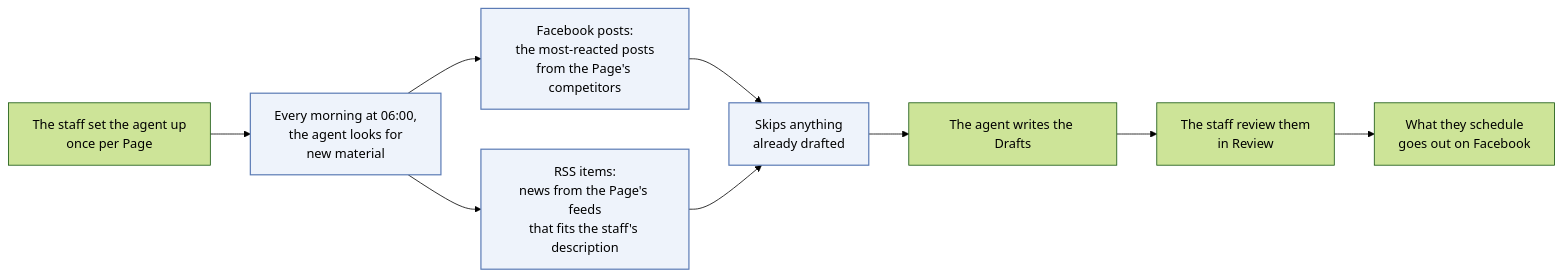
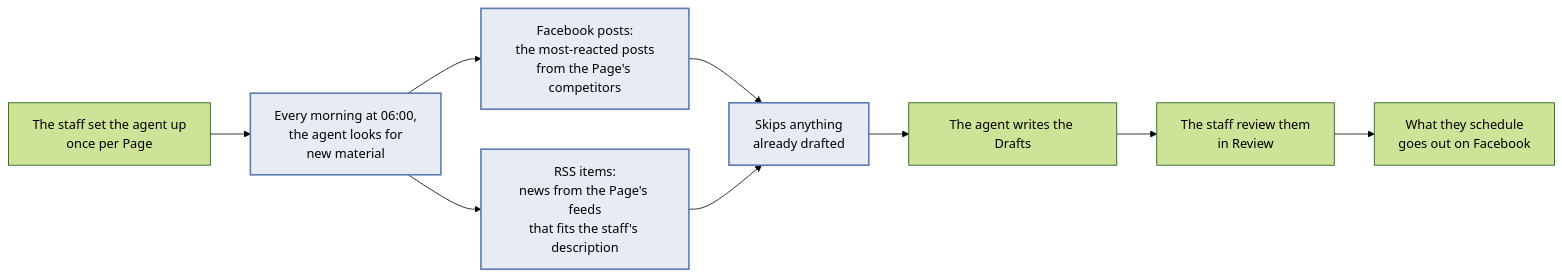
One commit to nauqh/fb-agent changed the diagram in docs/prd-auto-drafts.md. Above: the diagram before and after it, drawn with Mermaid (forest theme).

Commit message:
docs(auto-drafts): keep the diagram highlight readable in dark mode
The core boxes had a solid pale fill, which hid the dark theme's light
text. A translucent tint works on both backgrounds; checked by rendering
the chart in the default and dark themes.

````diff
--- a/docs/prd-auto-drafts.md
+++ b/docs/prd-auto-drafts.md
@@ -19,14 +19,14 @@
 ```mermaid
 flowchart LR
     A["The staff set the agent up<br/>once per Page"] --> B["Every morning at 06:00,<br/>the agent looks for<br/>new material"]
     B --> F["Facebook posts:<br/>the most-reacted posts<br/>from the Page's competitors"]
     B --> R["RSS items:<br/>news from the Page's feeds<br/>that fits the staff's description"]
     F --> X["Skips anything<br/>already drafted"]
     R --> X
     X --> C["The agent writes the Drafts"]
     C --> D["The staff review them<br/>in Review"]
     D --> E["What they schedule<br/>goes out on Facebook"]
 
-    classDef core fill:#eef3fb,stroke:#5b7bb5,stroke-width:1.5px
+    classDef core fill:#5b7bb526,stroke:#5b7bb5,stroke-width:2px
     class B,F,R,X core
 ```
````
